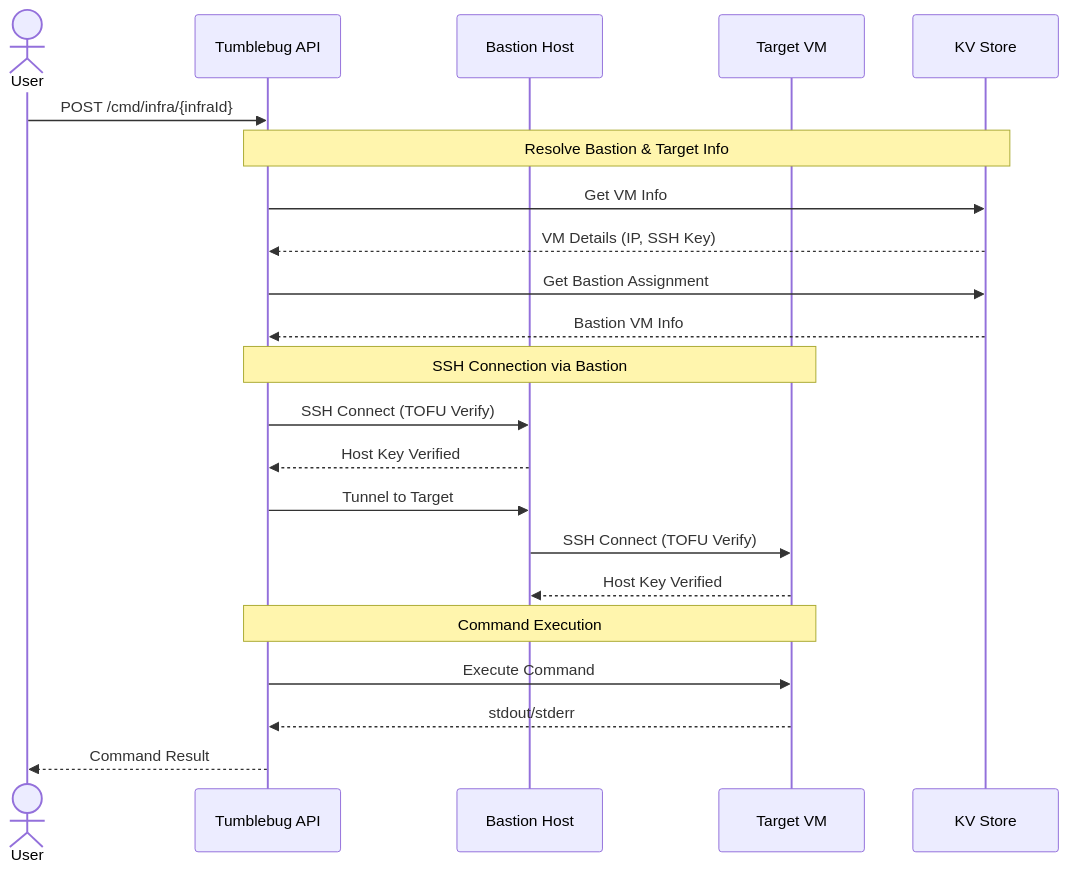
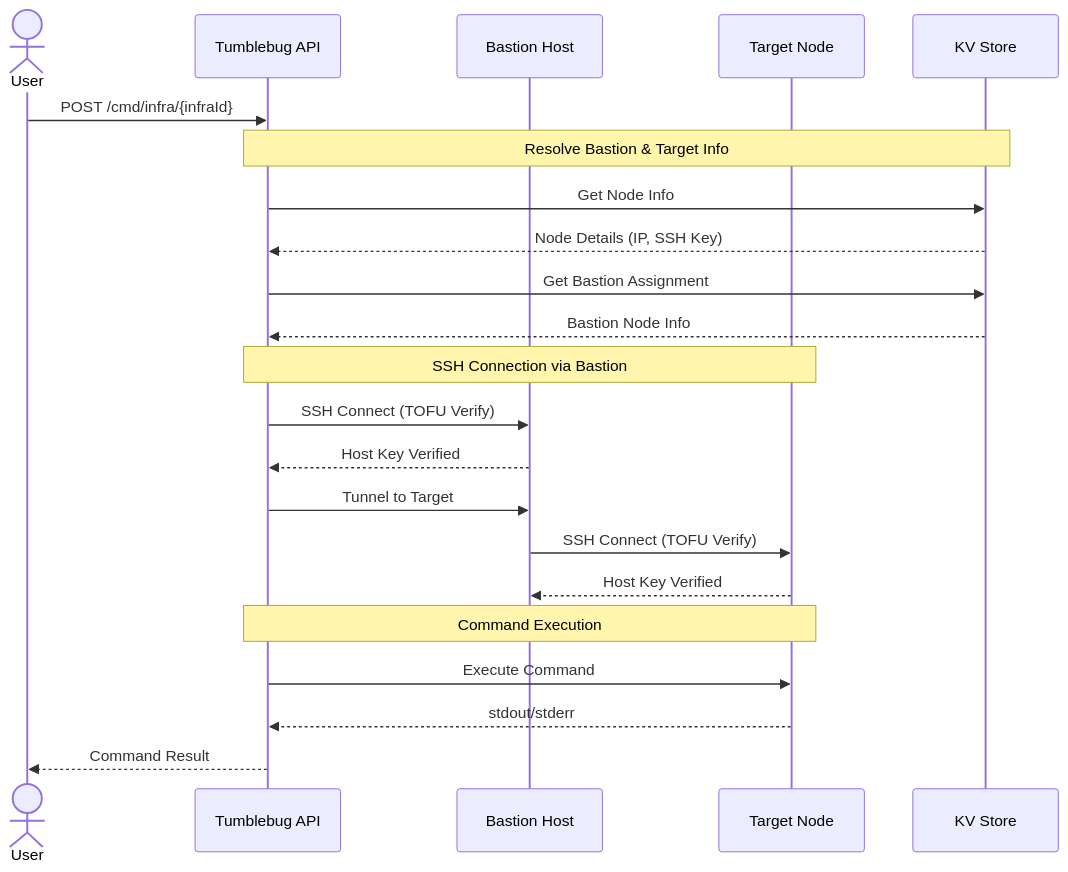
One commit to cloud-barista/cb-tumblebug changed the second of 8 diagrams in docs/feature_guide/remote-command-and-file-transfer.md. Above: the diagram before and after it, drawn with Mermaid. The commit also changed other lines of this file and 81 other files, not shown here.

````diff
--- a/docs/feature_guide/remote-command-and-file-transfer.md
+++ b/docs/feature_guide/remote-command-and-file-transfer.md
@@ -119,30 +119,30 @@
 ```mermaid
 sequenceDiagram
     actor User
     participant API as Tumblebug API
     participant Bastion as Bastion Host
-    participant Target as Target VM
+    participant Target as Target Node
     participant KV as KV Store
     
     User->>API: POST /cmd/infra/{infraId}
     
     Note over API,KV: Resolve Bastion & Target Info
-    API->>KV: Get VM Info
-    KV-->>API: VM Details (IP, SSH Key)
+    API->>KV: Get Node Info
+    KV-->>API: Node Details (IP, SSH Key)
     API->>KV: Get Bastion Assignment
-    KV-->>API: Bastion VM Info
+    KV-->>API: Bastion Node Info
     
     Note over API,Target: SSH Connection via Bastion
     API->>Bastion: SSH Connect (TOFU Verify)
     Bastion-->>API: Host Key Verified
     
     API->>Bastion: Tunnel to Target
     Bastion->>Target: SSH Connect (TOFU Verify)
     Target-->>Bastion: Host Key Verified
     
     Note over API,Target: Command Execution
     API->>Target: Execute Command
     Target-->>API: stdout/stderr
     
     API-->>User: Command Result
 ```
````
